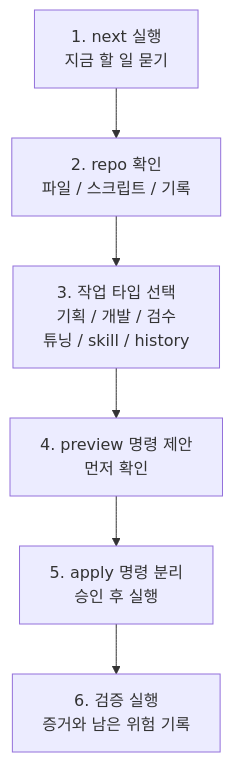
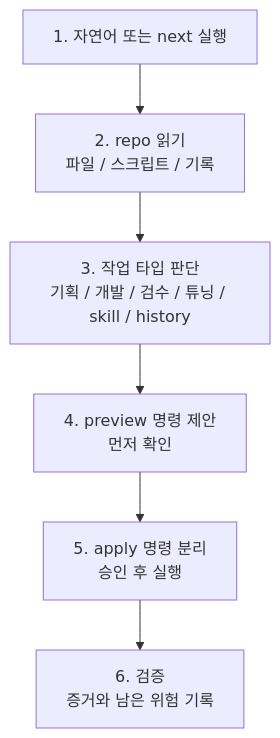
Before and after one commit to youngtae7280/repo-harness-tuner: the diagram in README.md, drawn with Mermaid. The commit also changed other lines of this file and 1 other file, not shown here.

````diff
--- a/README.md
+++ b/README.md
@@ -45,8 +50,8 @@
 ```mermaid
 flowchart TD
-    A["1. next 실행<br/>지금 할 일 묻기"] --> B["2. repo 확인<br/>파일 / 스크립트 / 기록"]
-    B --> C["3. 작업 타입 선택<br/>기획 / 개발 / 검수<br/>튜닝 / skill / history"]
+    A["1. 자연어 또는 next 실행"] --> B["2. repo 읽기<br/>파일 / 스크립트 / 기록"]
+    B --> C["3. 작업 타입 판단<br/>기획 / 개발 / 검수 / 튜닝 / skill / history"]
     C --> D["4. preview 명령 제안<br/>먼저 확인"]
     D --> E["5. apply 명령 분리<br/>승인 후 실행"]
-    E --> F["6. 검증 실행<br/>증거와 남은 위험 기록"]
+    E --> F["6. 검증<br/>증거와 남은 위험 기록"]
 ```
````
